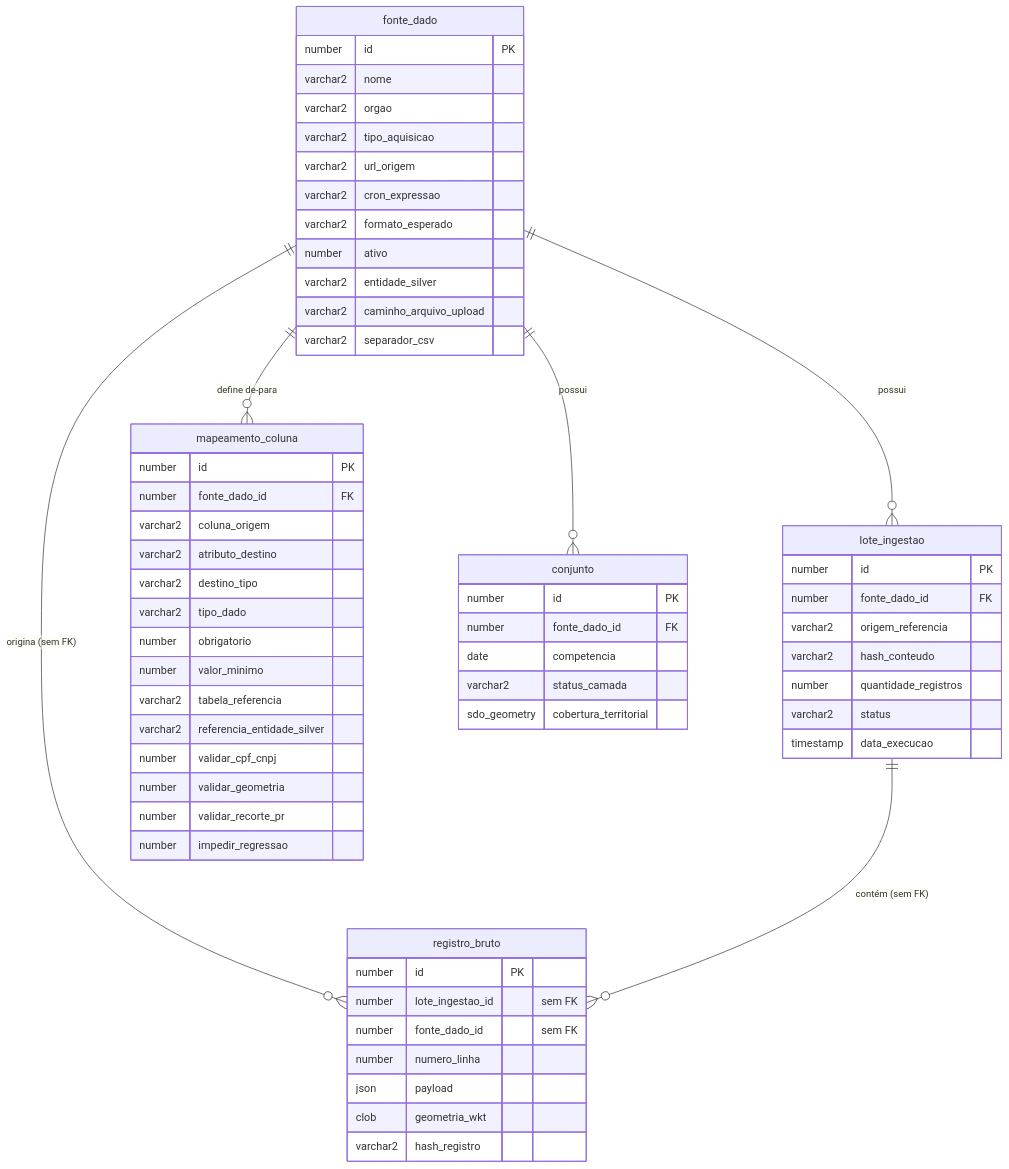
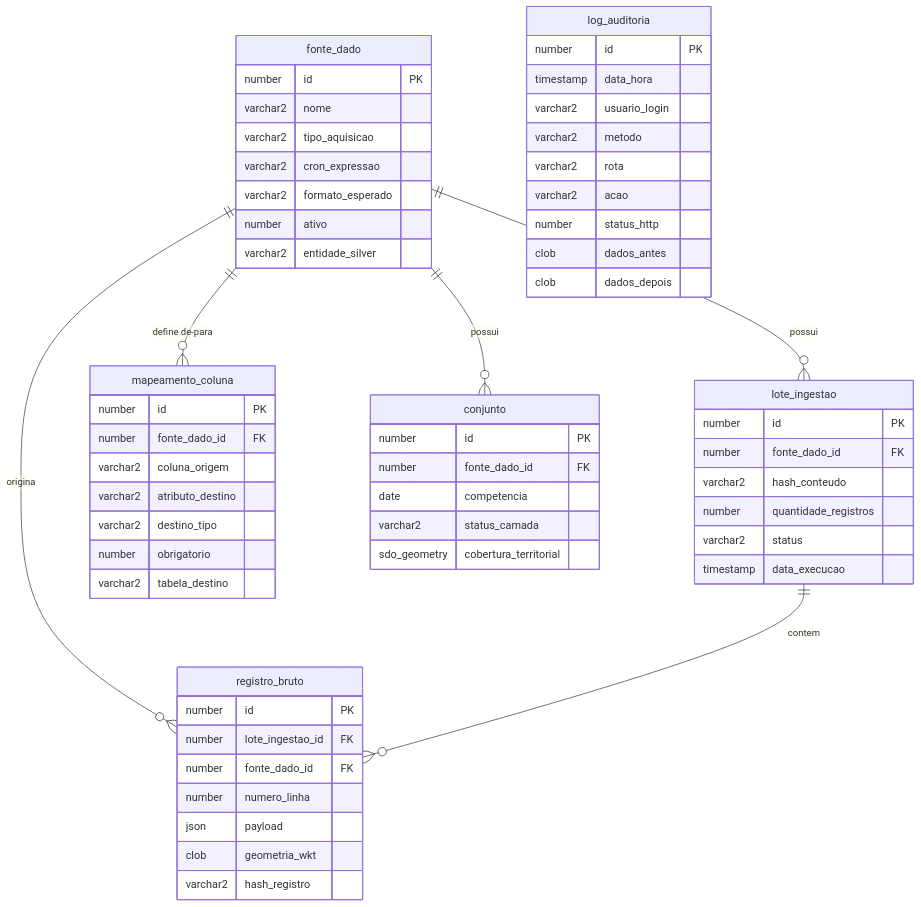
Before and after one commit to LizardsDBA/API-2026-4: the first of 5 diagrams in docs/manuais/tecnico/Dicionario de dados.md, drawn with Mermaid. The commit also changed other lines of this file and 3 other files, not shown here.

````diff
--- a/docs/manuais/tecnico/Dicionario de dados.md
+++ b/docs/manuais/tecnico/Dicionario de dados.md
@@ -740,67 +1088,61 @@
 ```mermaid
 erDiagram
     fonte_dado {
         number id PK
         varchar2 nome
-        varchar2 orgao
         varchar2 tipo_aquisicao
-        varchar2 url_origem
         varchar2 cron_expressao
         varchar2 formato_esperado
         number ativo
         varchar2 entidade_silver
-        varchar2 caminho_arquivo_upload
-        varchar2 separador_csv
     }
-
     lote_ingestao {
         number id PK
         number fonte_dado_id FK
-        varchar2 origem_referencia
         varchar2 hash_conteudo
         number quantidade_registros
         varchar2 status
         timestamp data_execucao
     }
-
     mapeamento_coluna {
         number id PK
         number fonte_dado_id FK
         varchar2 coluna_origem
         varchar2 atributo_destino
         varchar2 destino_tipo
-        varchar2 tipo_dado
         number obrigatorio
-        number valor_minimo
-        varchar2 tabela_referencia
-        varchar2 referencia_entidade_silver
-        number validar_cpf_cnpj
-        number validar_geometria
-        number validar_recorte_pr
-        number impedir_regressao
+        varchar2 tabela_destino
     }
-
     conjunto {
         number id PK
         number fonte_dado_id FK
         date competencia
         varchar2 status_camada
         sdo_geometry cobertura_territorial
     }
-
+    log_auditoria {
+        number id PK
+        timestamp data_hora
+        varchar2 usuario_login
+        varchar2 metodo
+        varchar2 rota
+        varchar2 acao
+        number status_http
+        clob dados_antes
+        clob dados_depois
+    }
     registro_bruto {
         number id PK
-        number lote_ingestao_id "sem FK"
-        number fonte_dado_id "sem FK"
+        number lote_ingestao_id FK
+        number fonte_dado_id FK
         number numero_linha
         json payload
         clob geometria_wkt
         varchar2 hash_registro
     }
-
     fonte_dado ||--o{ lote_ingestao : "possui"
     fonte_dado ||--o{ mapeamento_coluna : "define de-para"
     fonte_dado ||--o{ conjunto : "possui"
-    fonte_dado ||--o{ registro_bruto : "origina (sem FK)"
-    lote_ingestao ||--o{ registro_bruto : "contém (sem FK)"
+    fonte_dado ||--o{ registro_bruto : "origina"
+    lote_ingestao ||--o{ registro_bruto : "contem"
 ```
````
